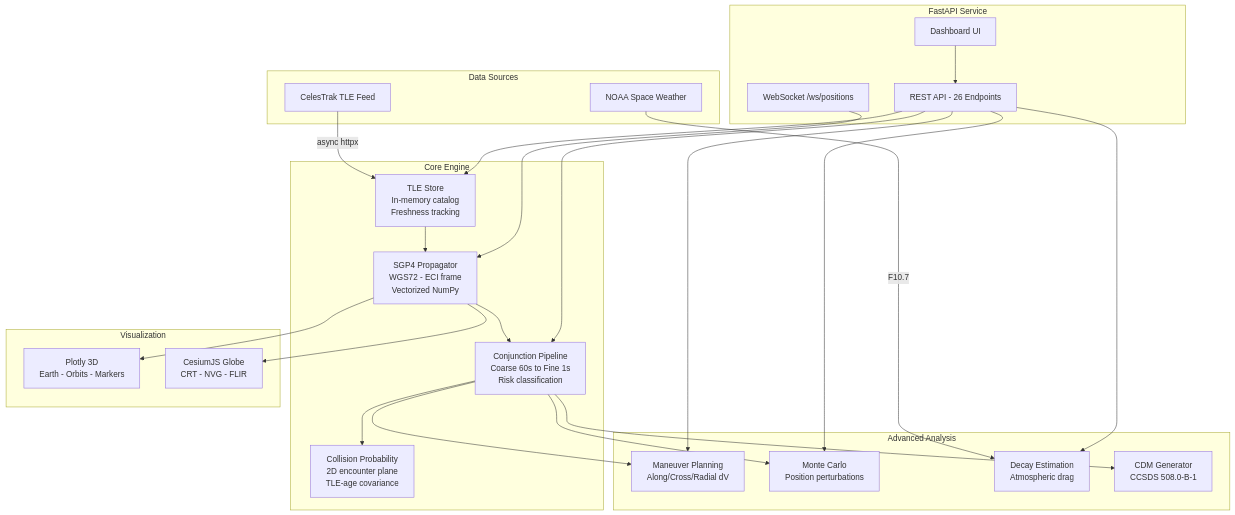
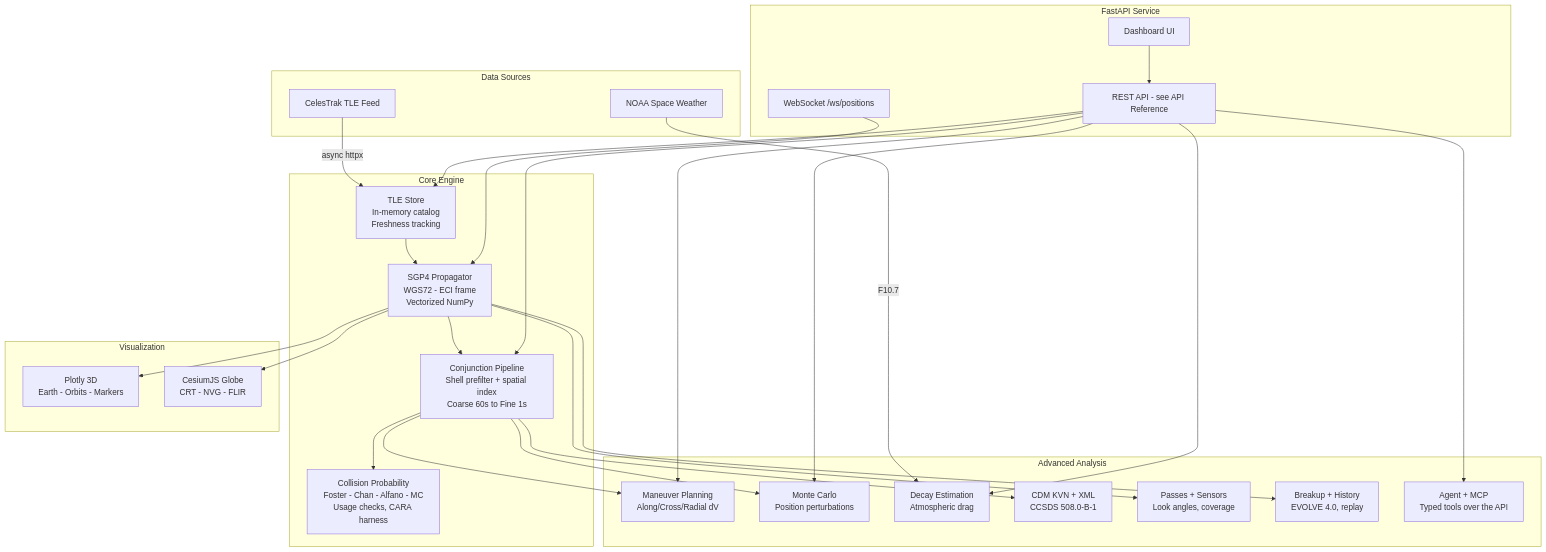
One commit to jdardash/space-collision-predictor changed the diagram in README.md. Above: the diagram before and after it, drawn with Mermaid. The commit also changed other lines of this file and 186 other files, not shown here.

````diff
--- a/README.md
+++ b/README.md
@@ -87,50 +111,56 @@
 ```mermaid
 graph TB
     subgraph Data Sources
         CEL[CelesTrak TLE Feed]
         NOAA[NOAA Space Weather]
     end
 
     subgraph FastAPI Service
-        API[REST API - 26 Endpoints]
+        API[REST API - see API Reference]
         WS[WebSocket /ws/positions]
         DASH[Dashboard UI]
     end
 
     subgraph Core Engine
         TLE[TLE Store<br/>In-memory catalog<br/>Freshness tracking]
         SGP4[SGP4 Propagator<br/>WGS72 - ECI frame<br/>Vectorized NumPy]
-        CONJ[Conjunction Pipeline<br/>Coarse 60s to Fine 1s<br/>Risk classification]
-        PC[Collision Probability<br/>2D encounter plane<br/>TLE-age covariance]
+        CONJ[Conjunction Pipeline<br/>Shell prefilter + spatial index<br/>Coarse 60s to Fine 1s]
+        PC[Collision Probability<br/>Foster - Chan - Alfano - MC<br/>Usage checks, CARA harness]
     end
 
     subgraph Advanced Analysis
         MAN[Maneuver Planning<br/>Along/Cross/Radial dV]
         MC[Monte Carlo<br/>Position perturbations]
         DEC[Decay Estimation<br/>Atmospheric drag]
-        CDM[CDM Generator<br/>CCSDS 508.0-B-1]
+        CDM[CDM KVN + XML<br/>CCSDS 508.0-B-1]
+        PASS[Passes + Sensors<br/>Look angles, coverage]
+        BRK[Breakup + History<br/>EVOLVE 4.0, replay]
+        AGENT[Agent + MCP<br/>Typed tools over the API]
     end
 
     subgraph Visualization
         PLOT[Plotly 3D<br/>Earth - Orbits - Markers]
         CES[CesiumJS Globe<br/>CRT - NVG - FLIR]
     end
 
     CEL -->|async httpx| TLE
     NOAA -->|F10.7| DEC
     TLE --> SGP4
     SGP4 --> CONJ
     CONJ --> PC
     CONJ --> MAN
     CONJ --> MC
     CONJ --> CDM
+    SGP4 --> PASS
+    SGP4 --> BRK
+    API --> AGENT
     SGP4 --> PLOT
     SGP4 --> CES
     API --> CONJ
     API --> MAN
     API --> MC
     API --> DEC
     API --> TLE
     WS --> SGP4
     DASH --> API
 ```
````
